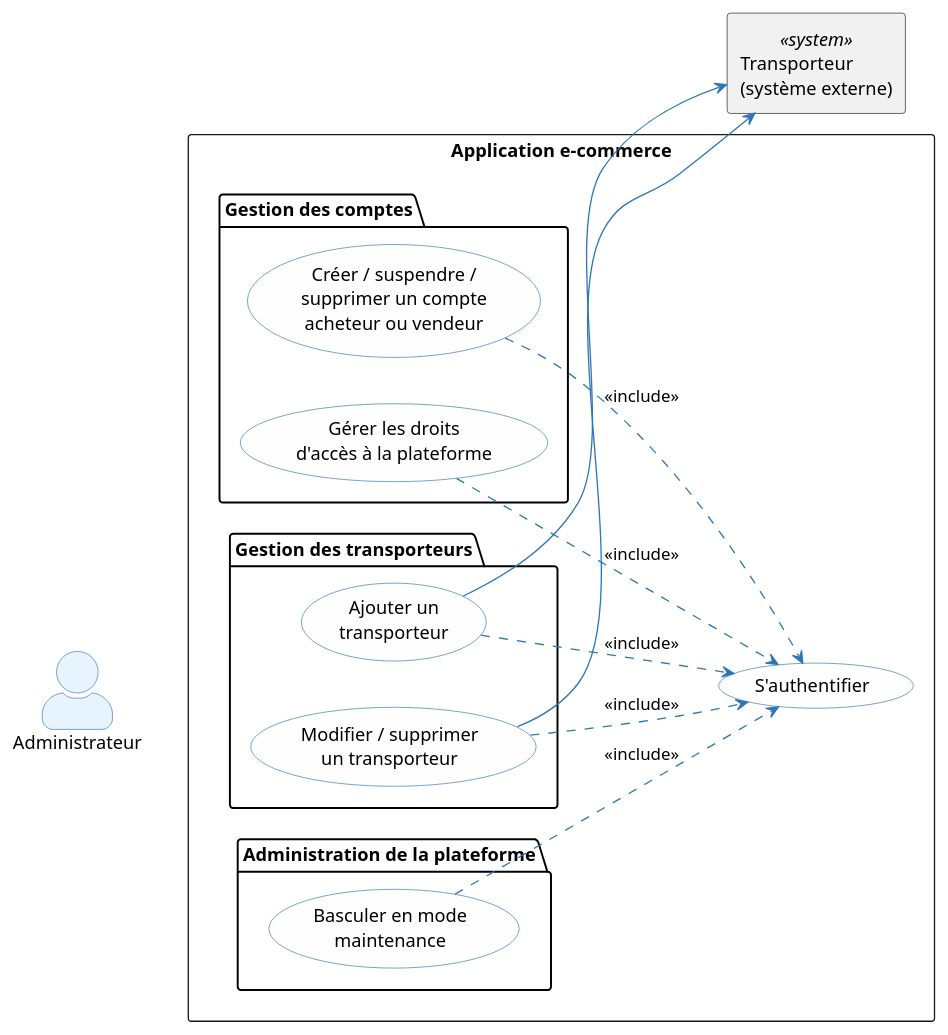
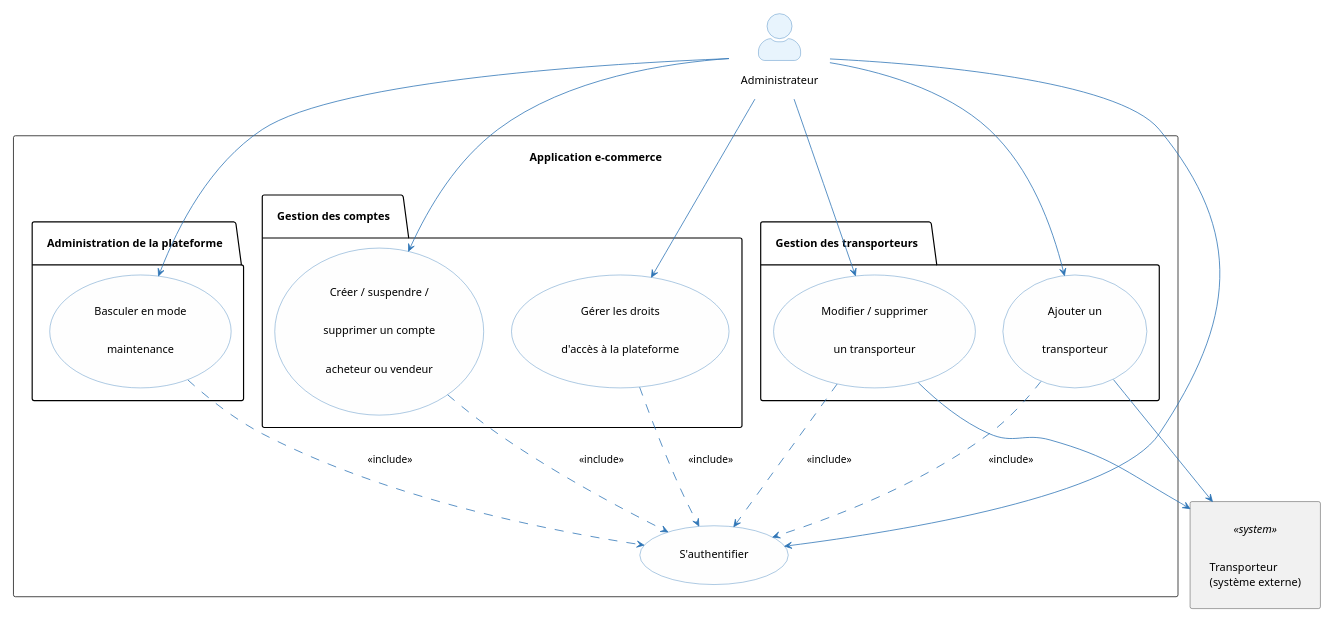
One commit to louistalvande/online_shop changed the first of 4 diagrams in architecture/01-operational-analysis/oa.adoc. Above: the diagram before and after it, drawn with PlantUML. The commit also changed other lines of this file and 6 other files, not shown here.

```diff
--- a/architecture/01-operational-analysis/oa.adoc
+++ b/architecture/01-operational-analysis/oa.adoc
@@ -140,47 +140,47 @@
 [plantuml, oa-uc-admin, svg]
 ----
+scale 0.6
+skinparam padding 15
 skinparam actorStyle awesome
 skinparam usecase {
   BackgroundColor #FEFEFE
   BorderColor #2E75B6
   ArrowColor #2E75B6
 }
 skinparam actor {
   BackgroundColor #E8F4FD
   BorderColor #2E75B6
 }
-
-left to right direction
 
 actor "Administrateur" as Admin
 rectangle "Transporteur\n(système externe)" as Carrier <<system>>
 
 rectangle "Application e-commerce" {
   usecase (S'authentifier) as UC_A0
   package "Gestion des comptes" {
     usecase (Créer / suspendre /\nsupprimer un compte\nacheteur ou vendeur) as UC_A1
     usecase (Gérer les droits\nd'accès à la plateforme) as UC_A1b
   }
   package "Gestion des transporteurs" {
     usecase (Ajouter un\ntransporteur) as UC_A2a
     usecase (Modifier / supprimer\nun transporteur) as UC_A2b
   }
   package "Administration de la plateforme" {
     usecase (Basculer en mode\nmaintenance) as UC_A3
   }
 }
 
 Admin --> UC_A0
 Admin --> UC_A1
 Admin --> UC_A1b
 Admin --> UC_A2a
 Admin --> UC_A2b
 Admin --> UC_A3
 UC_A1 ..> UC_A0 : <<include>>
 UC_A1b ..> UC_A0 : <<include>>
 UC_A2a ..> UC_A0 : <<include>>
 UC_A2b ..> UC_A0 : <<include>>
 UC_A3 ..> UC_A0 : <<include>>
 UC_A2a --> Carrier
 UC_A2b --> Carrier
 ----
```
